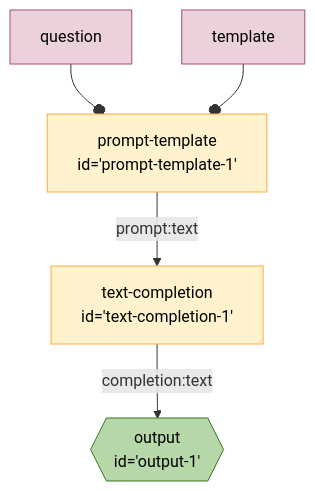
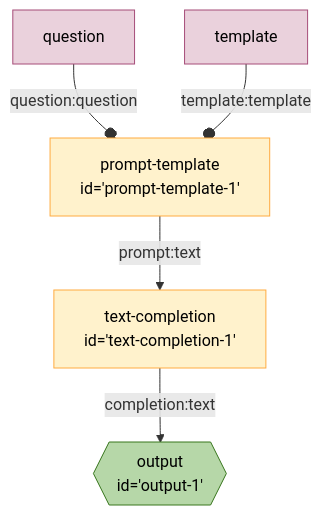
One commit to breadboard-ai/breadboard changed the diagram in seeds/graph-playground/docs/graphs/auto-simple-prompt.md. Above: the diagram before and after it, drawn with Mermaid. The commit also changed 13 other files, not shown here.

Commit message:
[graph] Add proper edge markers for constants.

````diff
--- a/seeds/graph-playground/docs/graphs/auto-simple-prompt.md
+++ b/seeds/graph-playground/docs/graphs/auto-simple-prompt.md
@@ -4,19 +4,19 @@
 ```mermaid
 %%{init: 'themeVariables': { 'fontFamily': 'Fira Code, monospace' }}%%
 graph TD;
 prompttemplate1["prompt-template
 id='prompt-template-1'"] -- prompt:text --> textcompletion1["text-completion
 id='text-completion-1'"]
 textcompletion1["text-completion
 id='text-completion-1'"] -- completion:text --> output1{{"output
 id='output-1'"}}:::output
-questionprompttemplate1[question]:::config --o prompttemplate1
-templateprompttemplate1[template]:::config --o prompttemplate1
+questionprompttemplate1[question]:::config -- question:question --o prompttemplate1
+templateprompttemplate1[template]:::config -- template:template --o prompttemplate1
 classDef default stroke:#ffab40,fill:#fff2ccff,color:#000
 classDef input stroke:#3c78d8,fill:#c9daf8ff,color:#000
 classDef output stroke:#38761d,fill:#b6d7a8ff,color:#000
 classDef passthrough stroke:#a64d79,fill:#ead1dcff,color:#000
 classDef slot stroke:#a64d79,fill:#ead1dcff,color:#000
 classDef config stroke:#a64d79,fill:#ead1dcff,color:#000
 classDef slotted stroke:#a64d79
 ```
````
